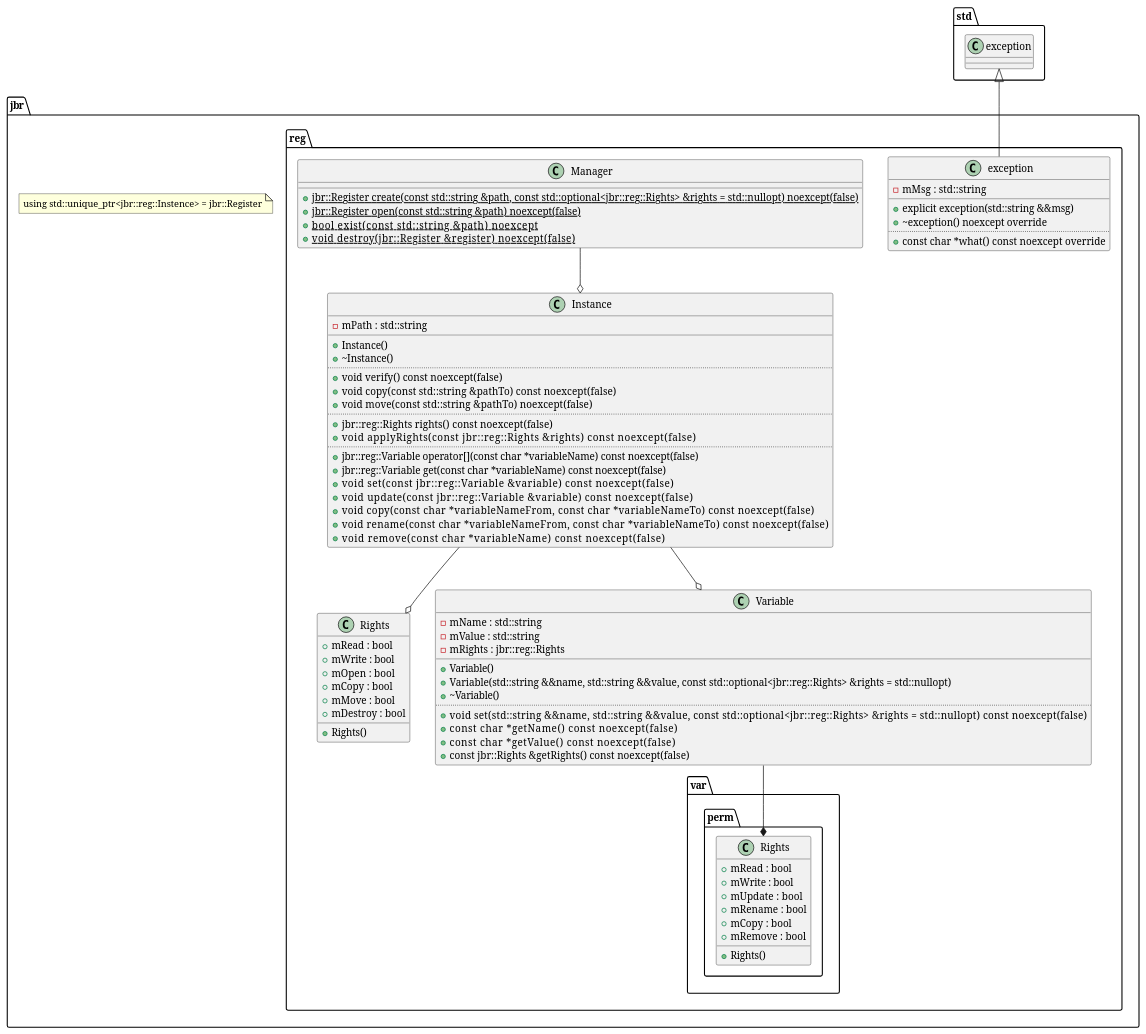
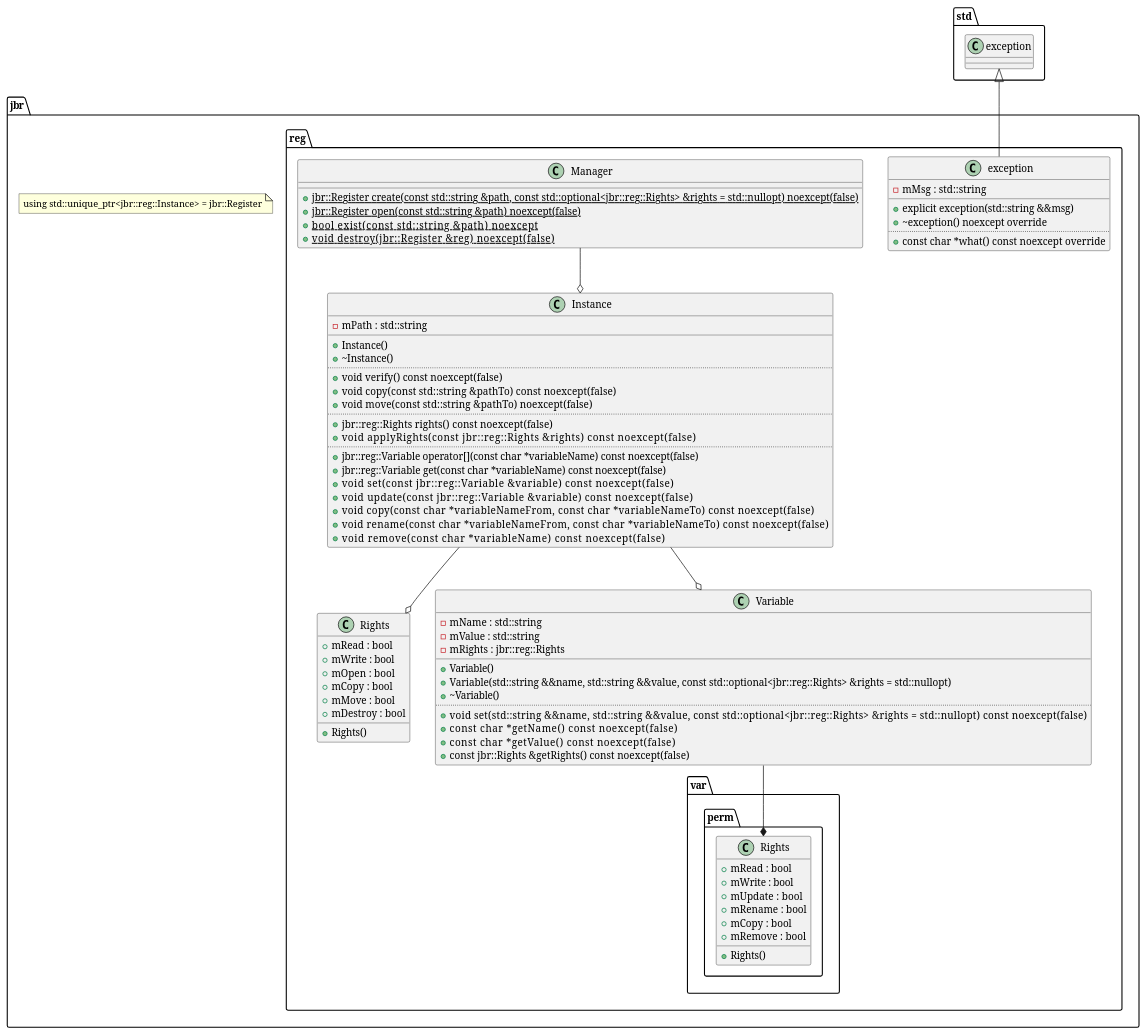
The diagram in uml/cRegister.puml (j-bruel/Register), drawn with PlantUML before and after one commit.

Commit message:
Few patch on uml

```diff
--- a/uml/cRegister.puml
+++ b/uml/cRegister.puml
@@ -1,108 +1,108 @@
 @startuml
 
 namespace std {
     class exception {
     }
 }
 
 namespace jbr {
 
-    note "using std::unique_ptr<jbr::reg::Instence> = jbr::Register" as Register_Class_Name
+    note "using std::unique_ptr<jbr::reg::Instance> = jbr::Register" as Register_Class_Name
 
     namespace reg {
 
         std.exception <|-- jbr.reg.exception
 
         class exception {
             -mMsg : std::string
             __
             +explicit exception(std::string &&msg)
             +~exception() noexcept override
             ..
             +const char  *what() const noexcept override
         }
 
         Manager --o	Instance
         Instance --o Rights
         Instance --o Variable
 
         class   Manager {
             +{static} jbr::Register create(const std::string &path, const std::optional<jbr::reg::Rights> &rights = std::nullopt) noexcept(false)
             +{static} jbr::Register open(const std::string &path) noexcept(false)
             +{static} bool          exist(const std::string &path) noexcept
-            +{static} void          destroy(jbr::Register &register) noexcept(false)
+            +{static} void          destroy(jbr::Register &reg) noexcept(false)
         }
 
         class Instance {
             -mPath : std::string
             __
             +Instance()
             +~Instance()
             ..
             +void   verify() const noexcept(false)
             +void   copy(const std::string &pathTo) const noexcept(false)
             +void   move(const std::string &pathTo) noexcept(false)
             ..
             +jbr::reg::Rights   rights() const noexcept(false)
             +void               applyRights(const jbr::reg::Rights &rights) const noexcept(false)
             ..
             +jbr::reg::Variable operator[](const char *variableName) const noexcept(false)
             +jbr::reg::Variable get(const char *variableName) const noexcept(false)
             +void               set(const jbr::reg::Variable &variable) const noexcept(false)
             +void               update(const jbr::reg::Variable &variable) const noexcept(false)
             +void               copy(const char *variableNameFrom, const char *variableNameTo) const noexcept(false)
             +void               rename(const char *variableNameFrom, const char *variableNameTo) const noexcept(false)
             +void               remove(const char *variableName) const noexcept(false)
         }
 
         class Variable {
             -mName : std::string
             -mValue : std::string
             -mRights : jbr::reg::Rights
             __
             +Variable()
             +Variable(std::string &&name, std::string &&value, const std::optional<jbr::reg::Rights> &rights = std::nullopt)
             +~Variable()
             ..
             +void               set(std::string &&name, std::string &&value, const std::optional<jbr::reg::Rights> &rights = std::nullopt) const noexcept(false)
             +const char         *getName() const noexcept(false)
             +const char         *getValue() const noexcept(false)
             +const jbr::Rights  &getRights() const noexcept(false)
         }
 
         class Rights {
             +mRead : bool
             +mWrite : bool
             +mOpen : bool
             +mCopy : bool
             +mMove : bool
             +mDestroy : bool
             __
             +Rights()
         }
 
         namespace var {
 
             namespace perm {
 
                 jbr.reg.Variable --* jbr.reg.var.perm.Rights
 
                 class Rights {
                     +mRead : bool
                     +mWrite : bool
                     +mUpdate : bool
                     +mRename : bool
                     +mCopy : bool
                     +mRemove : bool
                     __
                     +Rights()
                 }
 
             }
         }
 
     }
 
 }
 
 @enduml
```
